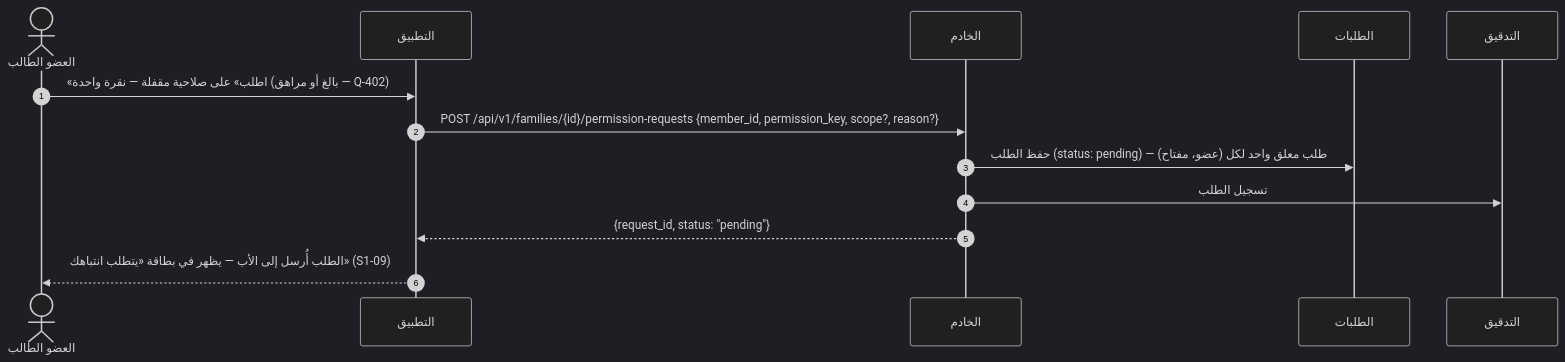
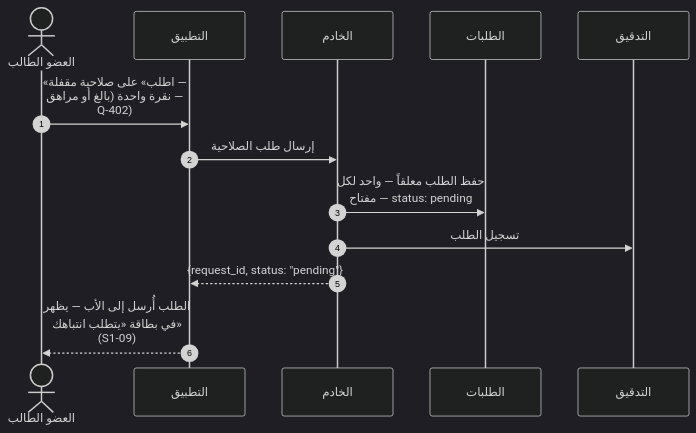
Diagram 14 of 39 in docs/family-os/governance/phases/phase-1/S1-03-family-roles-and-permissions/DIAGRAMS.md (Bassam-mohammed-alqaeadi/family-os-v2), drawn with Mermaid (dark theme) before and after one commit. The commit also changed other lines of this file, not shown here.

````diff
--- a/docs/family-os/governance/phases/phase-1/S1-03-family-roles-and-permissions/DIAGRAMS.md
+++ b/docs/family-os/governance/phases/phase-1/S1-03-family-roles-and-permissions/DIAGRAMS.md
@@ -579,15 +643,16 @@
 ```mermaid
+%%{init: {"sequence": {"wrap": true}}}%%
 sequenceDiagram
     autonumber
     actor Teen as العضو الطالب
     participant App as التطبيق
     participant Ktor as الخادم
     participant Requests as الطلبات
     participant Audit as التدقيق
     Teen->>App: «اطلب» على صلاحية مقفلة — نقرة واحدة (بالغ أو مراهق — Q-402)
-    App->>Ktor: POST /api/v1/families/{id}/permission-requests {member_id, permission_key, scope?, reason?}
-    Ktor->>Requests: حفظ الطلب (status: pending) — طلب معلق واحد لكل (عضو، مفتاح)
+    App->>Ktor: إرسال طلب الصلاحية
+    Ktor->>Requests: حفظ الطلب معلقاً — واحد لكل مفتاح — status: pending
     Ktor->>Audit: تسجيل الطلب
     Ktor-->>App: {request_id, status: "pending"}
     App-->>Teen: الطلب أُرسل إلى الأب — يظهر في بطاقة «يتطلب انتباهك» (S1-09)
 ```
````
